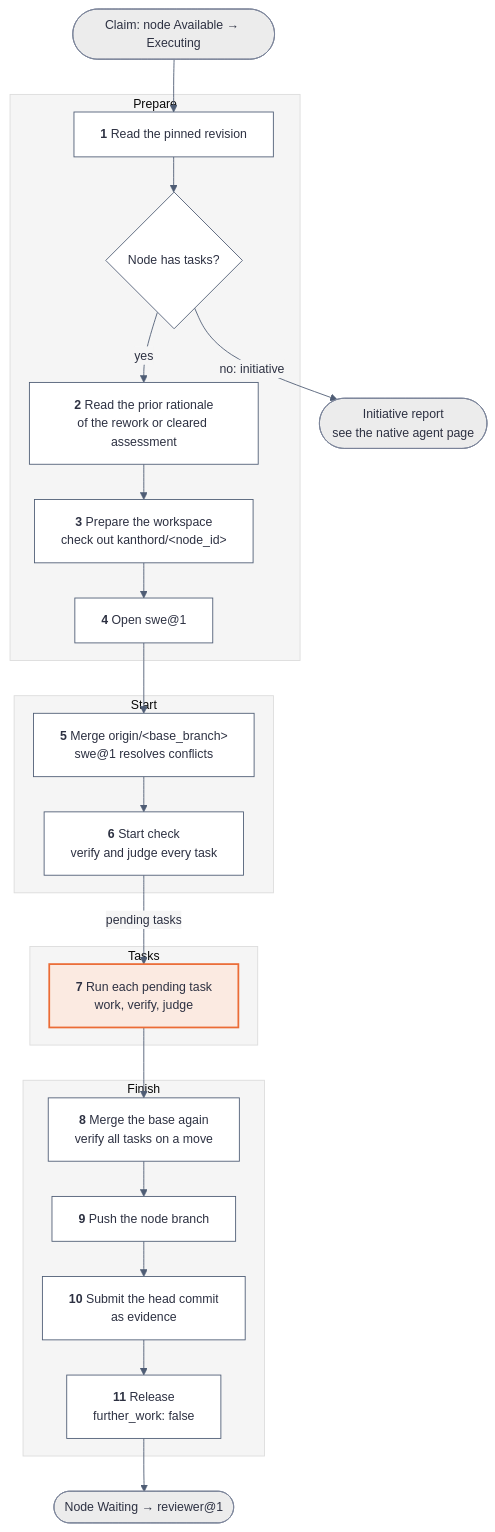
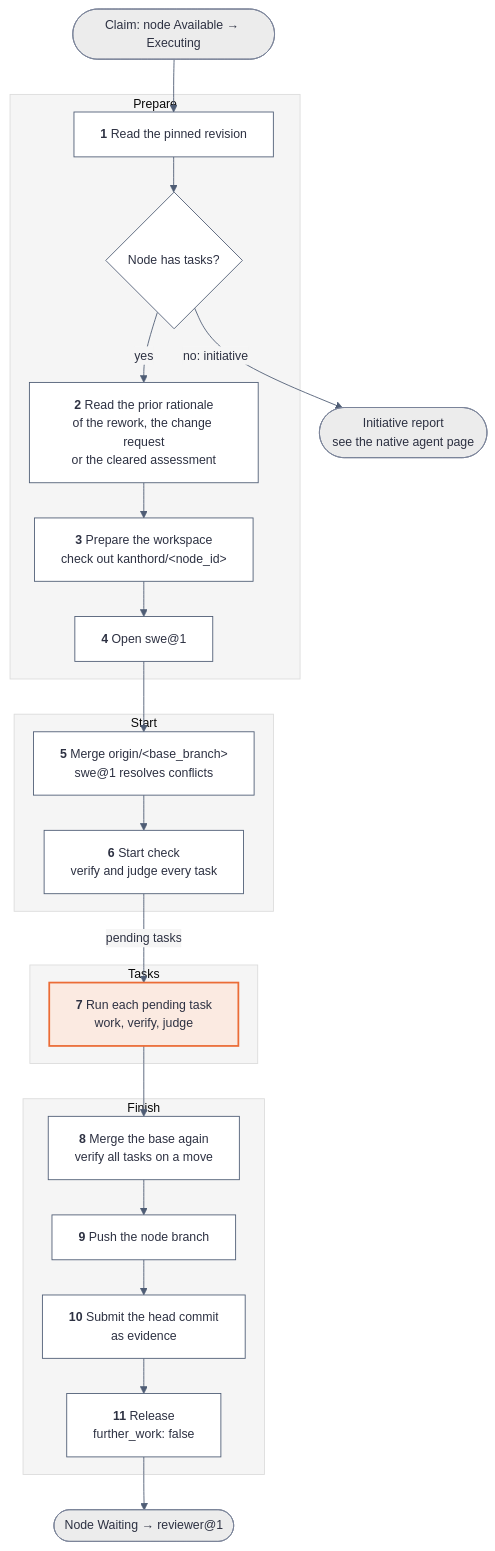
Before and after one commit to kanthorlabs/kanthord: the first of 4 diagrams in docs/explanation/coder-worker.md, drawn with Mermaid. The commit also changed other lines of this file and 2 other files, not shown here.

Commit message:
docs(worker): record the change request read of the unblock (#63)
* docs(worker): record the change request read of the unblock

* chore: move the engine pointer to the change request read

---------

````diff
--- a/docs/explanation/coder-worker.md
+++ b/docs/explanation/coder-worker.md
@@ -22,35 +22,35 @@
 ```mermaid
 %%{init: {"theme": "base", "themeVariables": {"background": "#f5f5f5", "primaryColor": "#ffffff", "primaryTextColor": "#2d3142", "primaryBorderColor": "#4f5d75", "secondaryColor": "#ececec", "tertiaryColor": "#f5f5f5", "lineColor": "#4f5d75", "edgeLabelBackground": "#f5f5f5", "fontFamily": "system-ui, sans-serif", "fontSize": "14px"}, "flowchart": {"htmlLabels": true, "useMaxWidth": false, "nodeSpacing": 24, "rankSpacing": 40}}}%%
 flowchart TB
     accTitle: The coder@1 execution in 11 steps
     accDescr: Four phases. Prepare reads the revision and the prior rationale, prepares the workspace and opens swe@1. Start merges the base branch and checks every task. Tasks runs each pending task. Finish merges the base branch again, pushes, submits the head commit and releases the node to Waiting.
     claim(["Claim: node Available → Executing"]) --> s1
     subgraph prepare ["Prepare"]
         s1["<b>1</b> Read the pinned revision"] --> kind{"Node has tasks?"}
-        kind -- yes --> s2["<b>2</b> Read the prior rationale<br/>of the rework or cleared assessment"]
+        kind -- yes --> s2["<b>2</b> Read the prior rationale<br/>of the rework, the change request<br/>or the cleared assessment"]
         s2 --> s3["<b>3</b> Prepare the workspace<br/>check out kanthord/&lt;node_id&gt;"]
         s3 --> s4["<b>4</b> Open swe@1"]
     end
     kind -- "no: initiative" --> report(["Initiative report<br/>see the native agent page"])
     subgraph start ["Start"]
         s5["<b>5</b> Merge origin/&lt;base_branch&gt;<br/>swe@1 resolves conflicts"]
         s5 --> s6["<b>6</b> Start check<br/>verify and judge every task"]
     end
     s4 --> s5
     subgraph tasks ["Tasks"]
         s7["<b>7</b> Run each pending task<br/>work, verify, judge"]
     end
     s6 -- "pending tasks" --> s7
     subgraph finish ["Finish"]
         s8["<b>8</b> Merge the base again<br/>verify all tasks on a move"]
         s8 --> s9["<b>9</b> Push the node branch"]
         s9 --> s10["<b>10</b> Submit the head commit<br/>as evidence"]
         s10 --> s11["<b>11</b> Release<br/>further_work: false"]
     end
     s7 --> s8
     s11 --> waiting(["Node Waiting → reviewer@1"])
     classDef focal fill:#fbeae1,stroke:#eb6c36,color:#2d3142,stroke-width:2px;
     classDef outcome fill:#ececec,stroke:#7a8399,color:#2d3142;
     class s7 focal;
     class claim,report,waiting outcome;
 ```
````
